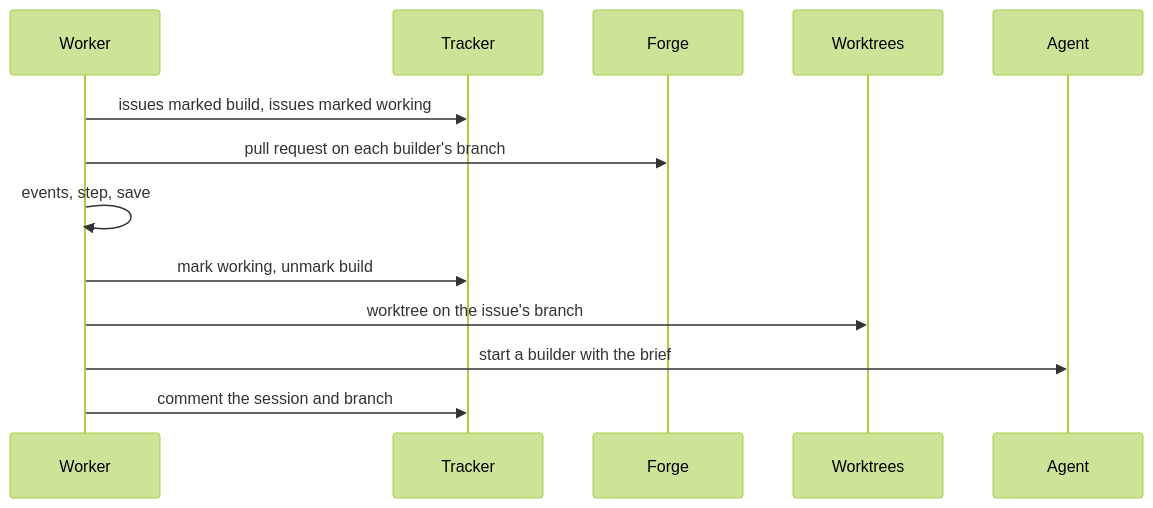
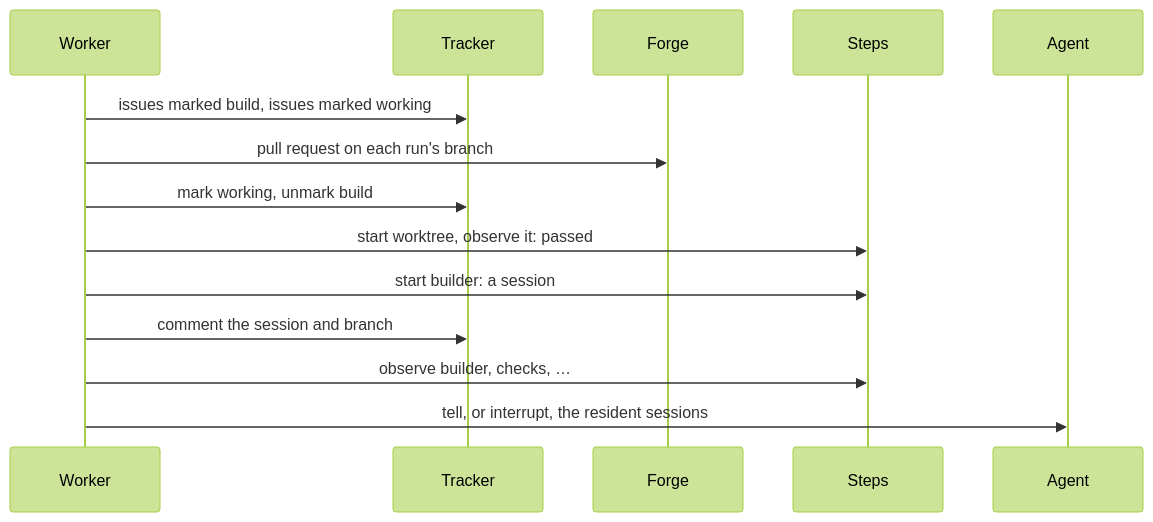
The diagram in crates/core/src/poll/README.md (StevenJPx2/atelier), drawn with Mermaid (forest theme) before and after one commit. The commit also changed other lines of this file and 48 other files, not shown here.

First line of the commit message:
feat!: run each project's pipelines on rungs

````diff
--- a/crates/core/src/poll/README.md
+++ b/crates/core/src/poll/README.md
@@ -7,15 +9,16 @@
 ```mermaid
 sequenceDiagram
     participant W as Worker
     participant T as Tracker
     participant F as Forge
-    participant G as Worktrees
+    participant S as Steps
     participant A as Agent
     W->>T: issues marked build, issues marked working
-    W->>F: pull request on each builder's branch
-    W->>W: events, step, save
+    W->>F: pull request on each run's branch
     W->>T: mark working, unmark build
-    W->>G: worktree on the issue's branch
-    W->>A: start a builder with the brief
+    W->>S: start worktree, observe it: passed
+    W->>S: start builder: a session
     W->>T: comment the session and branch
+    W->>S: observe builder, checks, …
+    W->>A: tell, or interrupt, the resident sessions
 ```
````
